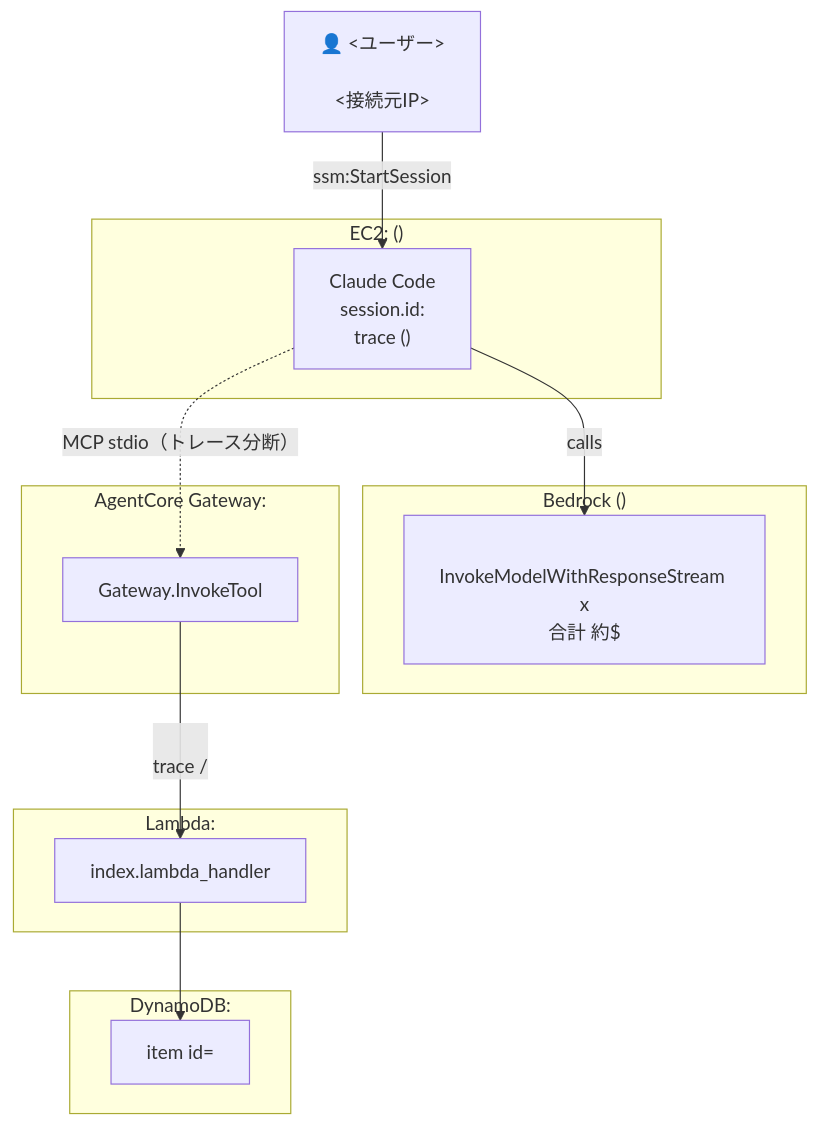
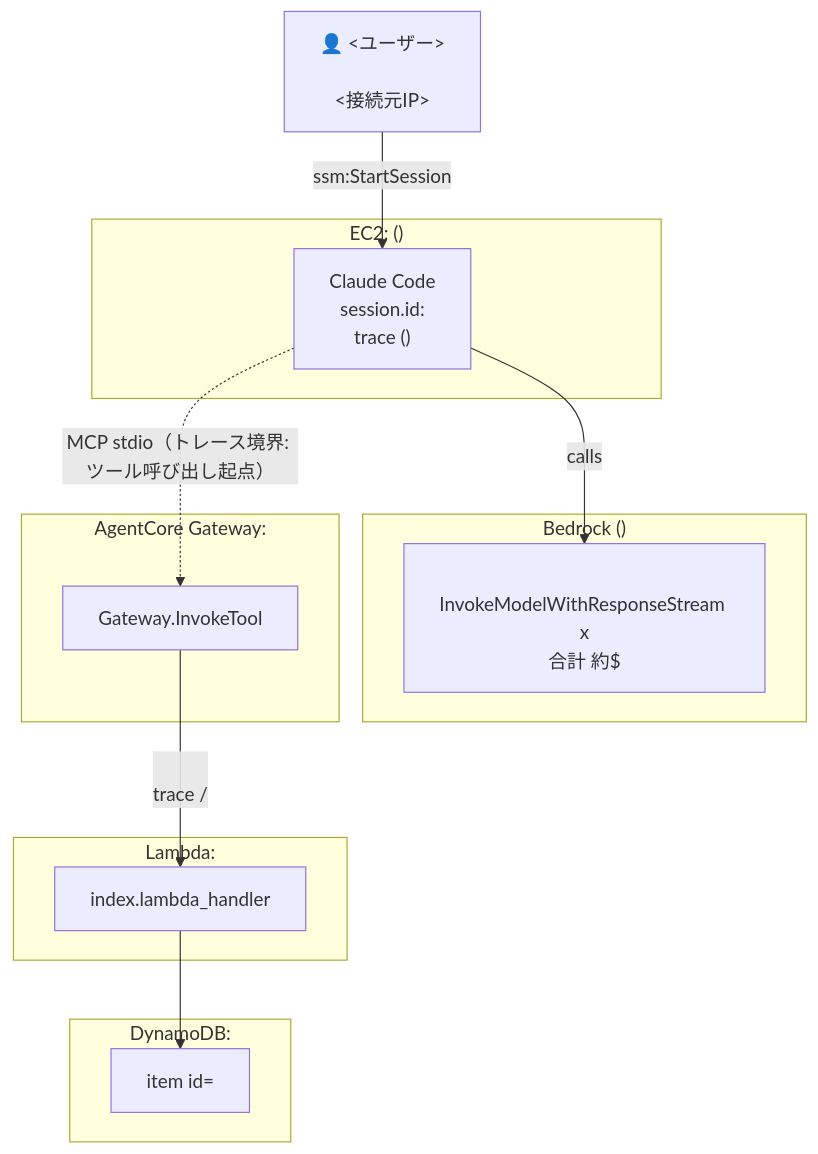
One commit to mahitotsu/faraday changed the diagram in .claude/commands/investigate-session.md. Above: the diagram before and after it, drawn with Mermaid. The commit also changed other lines of this file and 2 other files, not shown here.

````diff
--- a/.claude/commands/investigate-session.md
+++ b/.claude/commands/investigate-session.md
@@ -270,31 +441,31 @@
 ```mermaid
 graph TD
     User["👤 <ユーザー><br/><IAMロール><br/><接続元IP>"]
 
     subgraph EC2["EC2: <instance-id> (<role-name>)"]
         CC["Claude Code <version><br/>session.id: <resume-uuid><br/>trace <ec2-trace-id> (<duration>)"]
     end
 
     subgraph BedrockSvc["Bedrock (<region>)"]
         BR["<model-id><br/>InvokeModelWithResponseStream x<N><br/>合計 約$<cost>"]
     end
 
     subgraph Gateway["AgentCore Gateway: <gateway-name>"]
         GW["Gateway.InvokeTool"]
     end
 
     subgraph LambdaSvc["Lambda: <function-name>"]
         LH["index.lambda_handler"]
     end
 
     subgraph DynamoDBSvc["DynamoDB: <table-name>"]
         DDB["item id=<item-id>"]
     end
 
     User -->|"ssm:StartSession"| CC
     CC -->|"<N> calls"| BR
-    CC -.->|"MCP stdio（トレース分断）"| GW
+    CC -.->|"MCP stdio（トレース境界: ツール呼び出し起点）"| GW
 
     GW -->|"<tool><br/>trace <trace-id> / <duration>"| LH
     LH -->|"<DynamoDB操作> <duration>"| DDB
 ```
````
